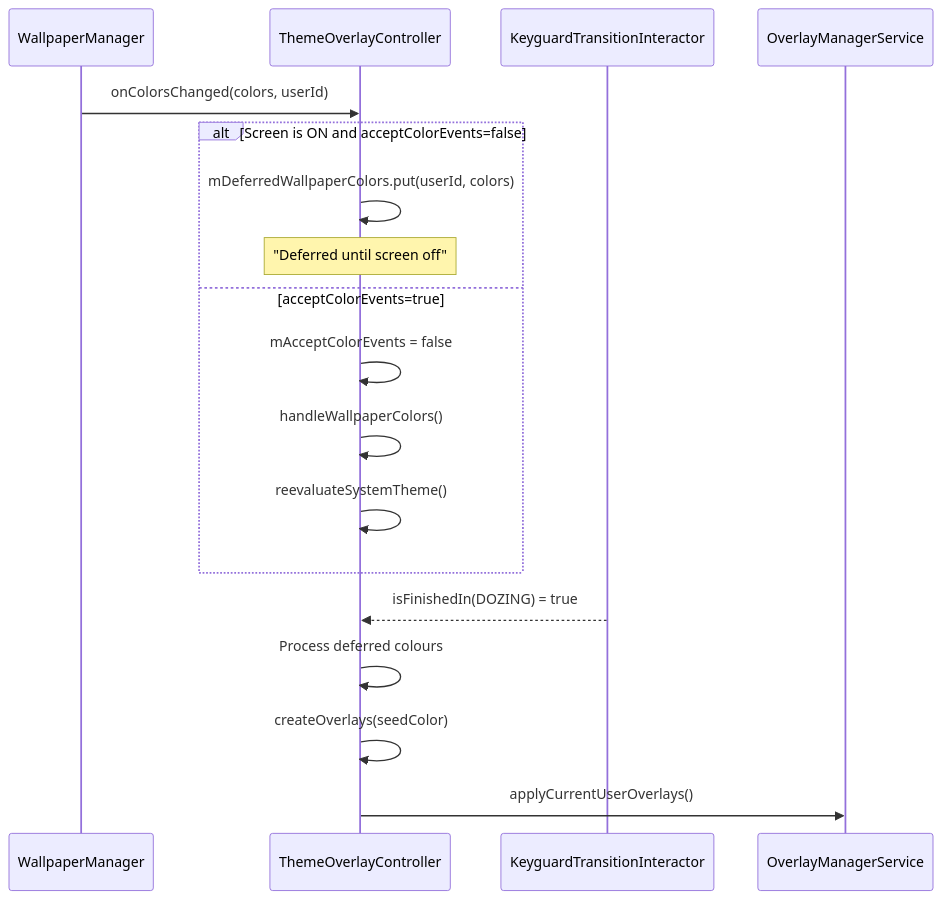
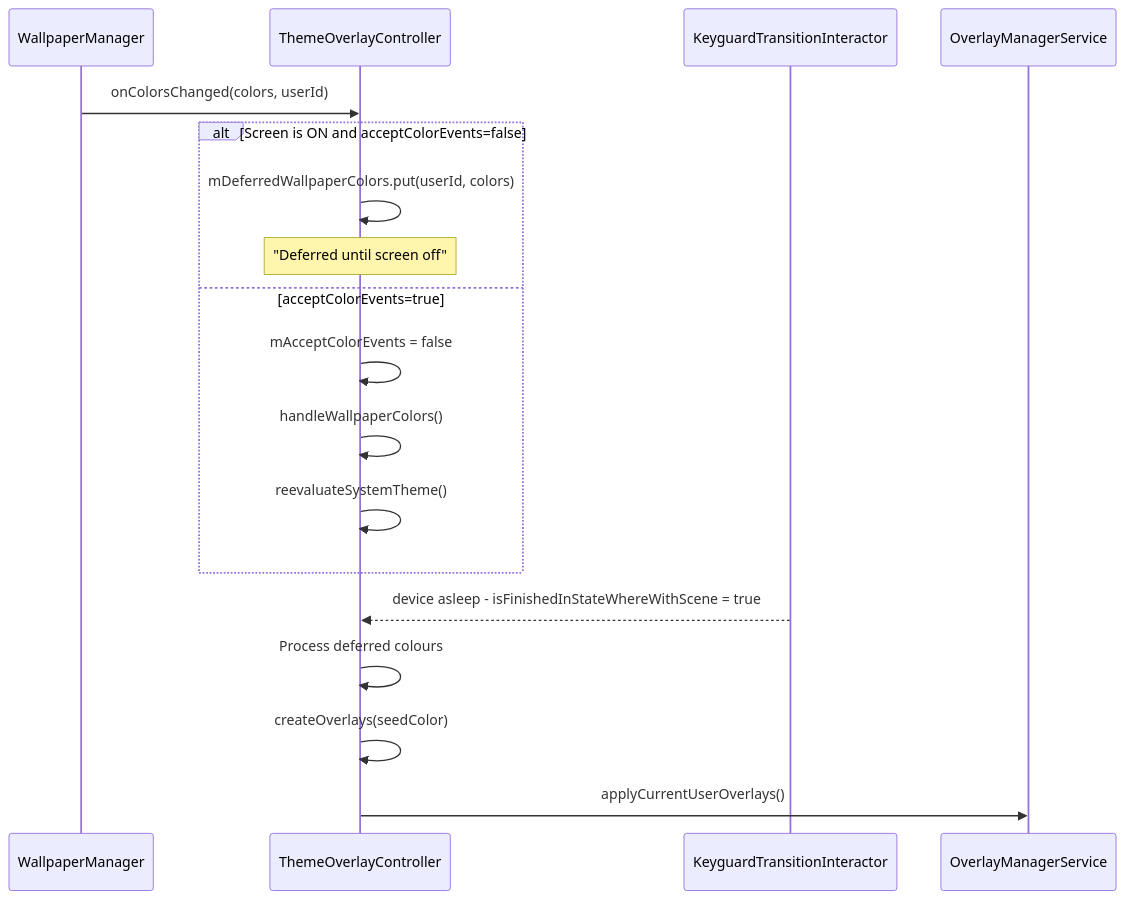
One commit to aospbooks/aosp-internal-book changed diagram 22 of 31 in agents/claude/skills/aosp-system-apps/48-systemui.md. Above: the diagram before and after it, drawn with Mermaid. The commit also changed other lines of this file and 218 other files, not shown here.

````diff
--- a/agents/claude/skills/aosp-system-apps/48-systemui.md
+++ b/agents/claude/skills/aosp-system-apps/48-systemui.md
@@ -2212,22 +2229,22 @@
 ```mermaid
 sequenceDiagram
     participant WM as WallpaperManager
     participant TOC as ThemeOverlayController
     participant KTI as KeyguardTransitionInteractor
     participant OMS as OverlayManagerService
 
     WM->>TOC: onColorsChanged(colors, userId)
     alt Screen is ON and acceptColorEvents=false
         TOC->>TOC: mDeferredWallpaperColors.put(userId, colors)
         Note over TOC: "Deferred until screen off"
     else acceptColorEvents=true
         TOC->>TOC: mAcceptColorEvents = false
         TOC->>TOC: handleWallpaperColors()
         TOC->>TOC: reevaluateSystemTheme()
     end
 
-    KTI-->>TOC: isFinishedIn(DOZING) = true
+    KTI-->>TOC: device asleep - isFinishedInStateWhereWithScene = true
     TOC->>TOC: Process deferred colours
     TOC->>TOC: createOverlays(seedColor)
     TOC->>OMS: applyCurrentUserOverlays()
 ```
````
